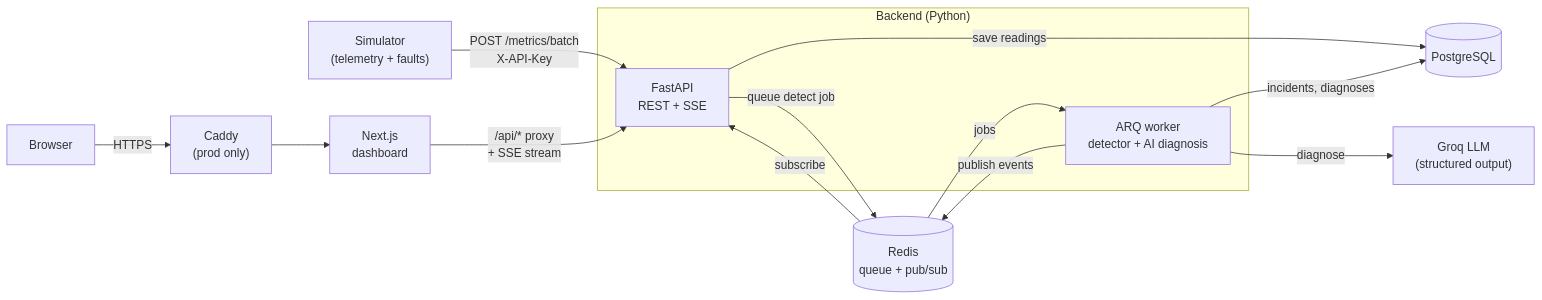
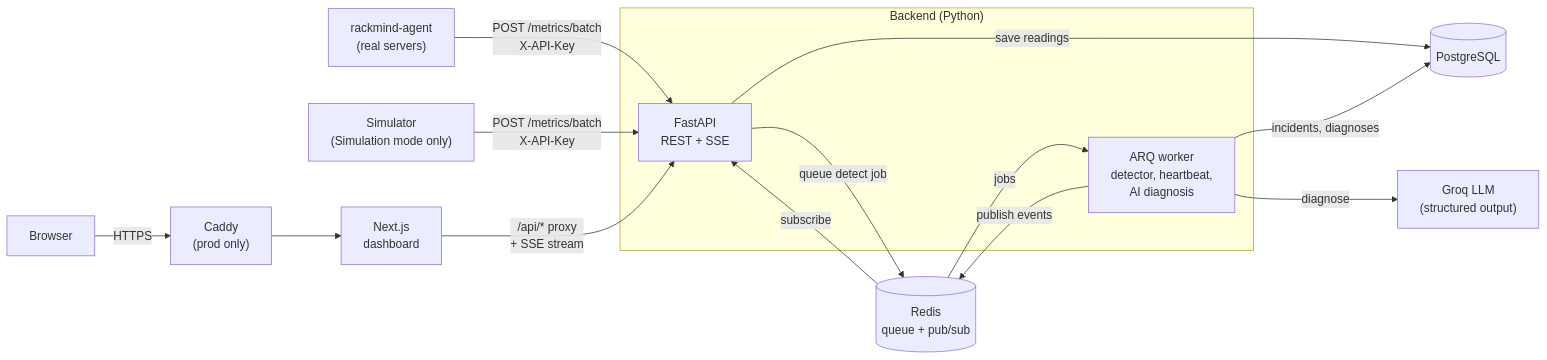
Before and after one commit to Bileljb/RackMind: the diagram in README.md, drawn with Mermaid. The commit also changed other lines of this file and 66 other files, not shown here.

First line of the commit message:
feat: v2 lite (phases 8-11): real servers, simulation mode, agent, heartbeat

````diff
--- a/README.md
+++ b/README.md
@@ -28,17 +30,18 @@
 ```mermaid
 flowchart LR
-    sim["Simulator<br/>(telemetry + faults)"] -- "POST /metrics/batch<br/>X-API-Key" --> api
+    agent["rackmind-agent<br/>(real servers)"] -- "POST /metrics/batch<br/>X-API-Key" --> api
+    sim["Simulator<br/>(Simulation mode only)"] -- "POST /metrics/batch<br/>X-API-Key" --> api
     subgraph backend["Backend (Python)"]
         api["FastAPI<br/>REST + SSE"]
-        worker["ARQ worker<br/>detector + AI diagnosis"]
+        worker["ARQ worker<br/>detector, heartbeat,<br/>AI diagnosis"]
     end
     api -- "save readings" --> pg[("PostgreSQL")]
     api -- "queue detect job" --> redis[("Redis<br/>queue + pub/sub")]
     redis -- "jobs" --> worker
     worker -- "incidents, diagnoses" --> pg
     worker -- "diagnose" --> llm["Groq LLM<br/>(structured output)"]
     worker -- "publish events" --> redis
     redis -- "subscribe" --> api
     browser["Browser"] -- "HTTPS" --> caddy["Caddy<br/>(prod only)"] --> web["Next.js<br/>dashboard"]
     web -- "/api/* proxy<br/>+ SSE stream" --> api
 ```
````
